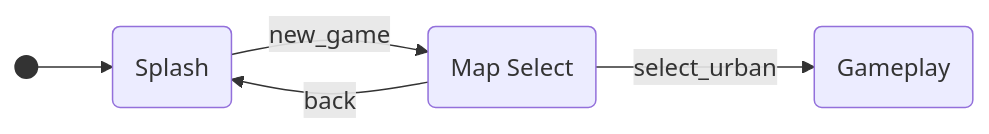
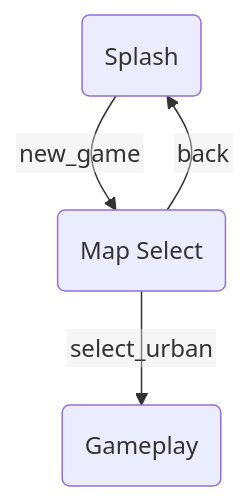
Before and after one commit to TheDeepestSpace/tbgwaf: the diagram in flow/app_flow.mmd, drawn with Mermaid. The commit also changed 2 other files, not shown here.

Commit message:
Fix clipped Mermaid labels: SVG labels + top-down layout
GitHub's Mermaid renderer mis-measures HTML labels, truncating node and
edge text; htmlLabels:false switches to SVG labels. The top-down layout
keeps the new_game/back edge labels off the edges, and the start-dot
(invisible #333 in dark mode) is dropped.

```diff
--- a/flow/app_flow.mmd
+++ b/flow/app_flow.mmd
@@ -1,9 +1,8 @@
-flowchart LR
-    start(( )):::start --> splash
+%%{init: {"flowchart": {"htmlLabels": false}}}%%
+flowchart TD
     splash("Splash")
     map_select("Map Select")
     gameplay("Gameplay")
     splash -->|new_game| map_select
     map_select -->|select_urban| gameplay
     map_select -->|back| splash
-    classDef start fill:#333,stroke:#333
```
